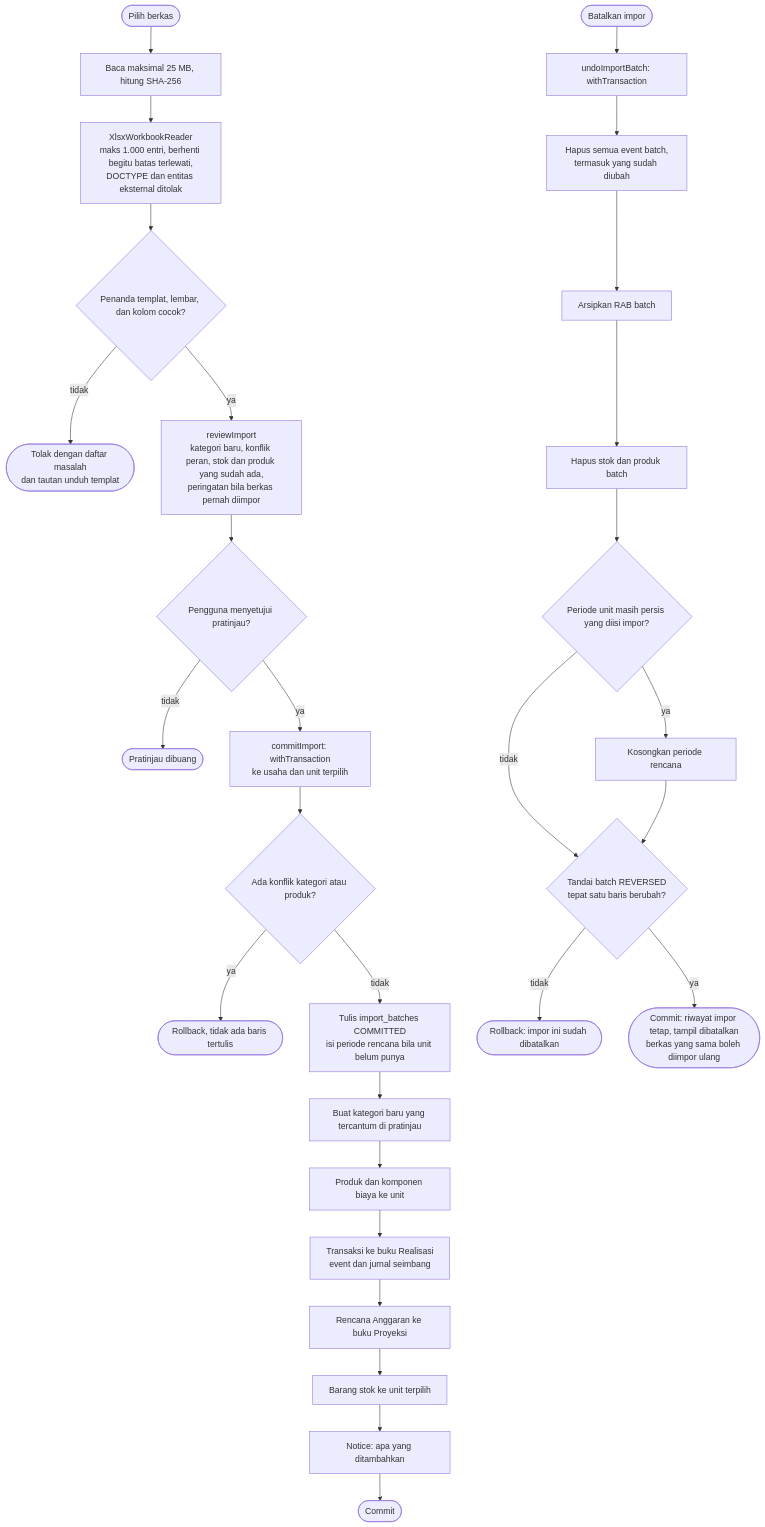
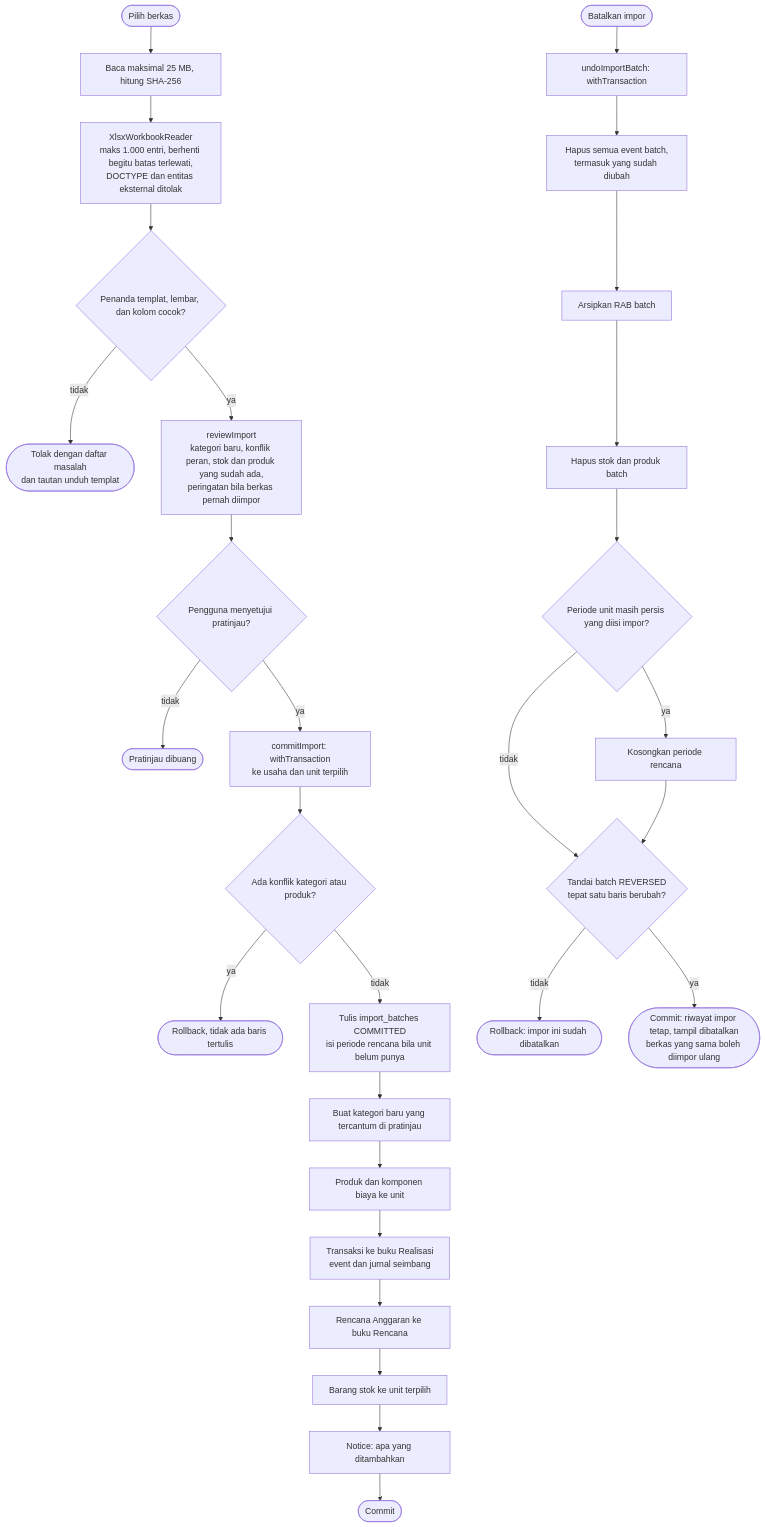
The fourth of 5 diagrams in docs/diagrams/06_activity_diagrams.md (adsurkasur/Mankeu), drawn with Mermaid before and after one commit. The commit also changed other lines of this file and 94 other files, not shown here.

First line of the commit message:
feat(mankeu): sync between phones as a release feature (DEC-024, schema 12)

````diff
--- a/docs/diagrams/06_activity_diagrams.md
+++ b/docs/diagrams/06_activity_diagrams.md
@@ -66,32 +66,32 @@
 ```mermaid
 flowchart TD
     pickFile(["Pilih berkas"]) --> readBytes["Baca maksimal 25 MB, hitung SHA-256"]
     readBytes --> unzip["XlsxWorkbookReader<br/>maks 1.000 entri, berhenti begitu batas terlewati,<br/>DOCTYPE dan entitas eksternal ditolak"]
     unzip --> template{"Penanda templat, lembar, dan kolom cocok?"}
     template -->|"tidak"| rejectFile(["Tolak dengan daftar masalah<br/>dan tautan unduh templat"])
     template -->|"ya"| review["reviewImport<br/>kategori baru, konflik peran, stok dan produk yang sudah ada,<br/>peringatan bila berkas pernah diimpor"]
     review --> confirmImport{"Pengguna menyetujui pratinjau?"}
     confirmImport -->|"tidak"| cancelImport(["Pratinjau dibuang"])
     confirmImport -->|"ya"| importTx["commitImport: withTransaction<br/>ke usaha dan unit terpilih"]
     importTx --> conflicts{"Ada konflik kategori atau produk?"}
     conflicts -->|"ya"| importRollback(["Rollback, tidak ada baris tertulis"])
     conflicts -->|"tidak"| batchRow["Tulis import_batches COMMITTED<br/>isi periode rencana bila unit belum punya"]
     batchRow --> categories["Buat kategori baru yang tercantum di pratinjau"]
     categories --> products["Produk dan komponen biaya ke unit"]
     products --> events["Transaksi ke buku Realisasi<br/>event dan jurnal seimbang"]
-    events --> budgets["Rencana Anggaran ke buku Proyeksi"]
+    events --> budgets["Rencana Anggaran ke buku Rencana"]
     budgets --> stockRows["Barang stok ke unit terpilih"]
     stockRows --> notice["Notice: apa yang ditambahkan"]
     notice --> importCommit(["Commit"])
 
     undoBatch(["Batalkan impor"]) --> undoTx["undoImportBatch: withTransaction"]
     undoTx --> deleteEvents["Hapus semua event batch,<br/>termasuk yang sudah diubah"]
     deleteEvents --> archiveBudgets["Arsipkan RAB batch"]
     archiveBudgets --> removeRest["Hapus stok dan produk batch"]
     removeRest --> periodCheck{"Periode unit masih persis yang diisi impor?"}
     periodCheck -->|"ya"| clearPeriod["Kosongkan periode rencana"]
     periodCheck -->|"tidak"| markBatch
     clearPeriod --> markBatch{"Tandai batch REVERSED<br/>tepat satu baris berubah?"}
     markBatch -->|"tidak"| undoRefused(["Rollback: impor ini sudah dibatalkan"])
     markBatch -->|"ya"| undoDone(["Commit: riwayat impor tetap, tampil dibatalkan<br/>berkas yang sama boleh diimpor ulang"])
 ```
````
